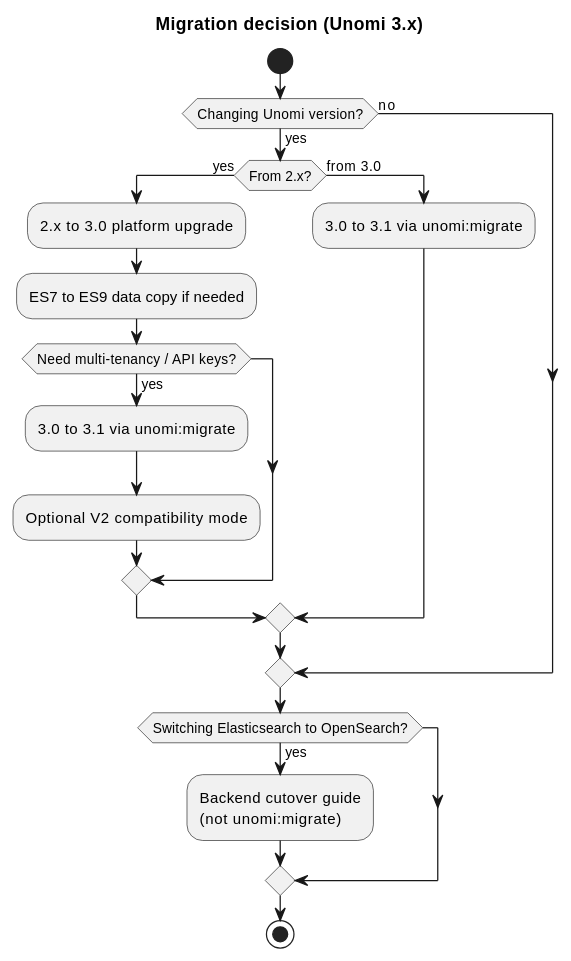
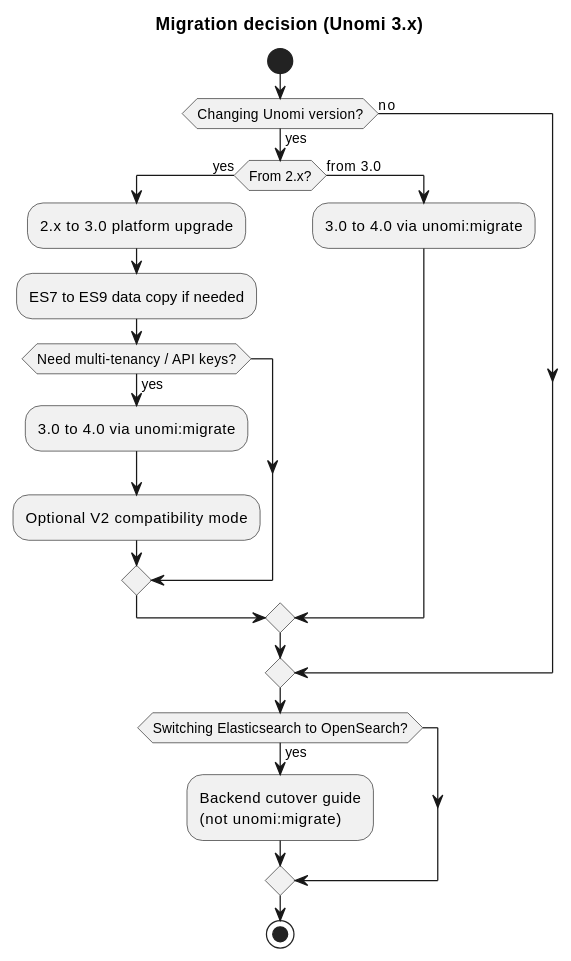
One commit to apache/unomi changed the diagram in manual/src/main/asciidoc/migrations/migrations.adoc. Above: the diagram before and after it, drawn with PlantUML. The commit also changed other lines of this file and 156 other files, not shown here.

```diff
--- a/manual/src/main/asciidoc/migrations/migrations.adoc
+++ b/manual/src/main/asciidoc/migrations/migrations.adoc
@@ -23,26 +23,26 @@
 [plantuml]
 ----
 @startuml
 skinparam shadowing false
 title Migration decision (Unomi 3.x)
 
 start
 if (Changing Unomi version?) then (yes)
   if (From 2.x?) then (yes)
     :2.x to 3.0 platform upgrade;
     :ES7 to ES9 data copy if needed;
     if (Need multi-tenancy / API keys?) then (yes)
-      :3.0 to 3.1 via unomi:migrate;
+      :3.0 to 4.0 via unomi:migrate;
       :Optional V2 compatibility mode;
     endif
   else (from 3.0)
-    :3.0 to 3.1 via unomi:migrate;
+    :3.0 to 4.0 via unomi:migrate;
   endif
 else (no)
 endif
 if (Switching Elasticsearch to OpenSearch?) then (yes)
   :Backend cutover guide\n(not unomi:migrate);
 endif
 stop
 @enduml
 ----
```
